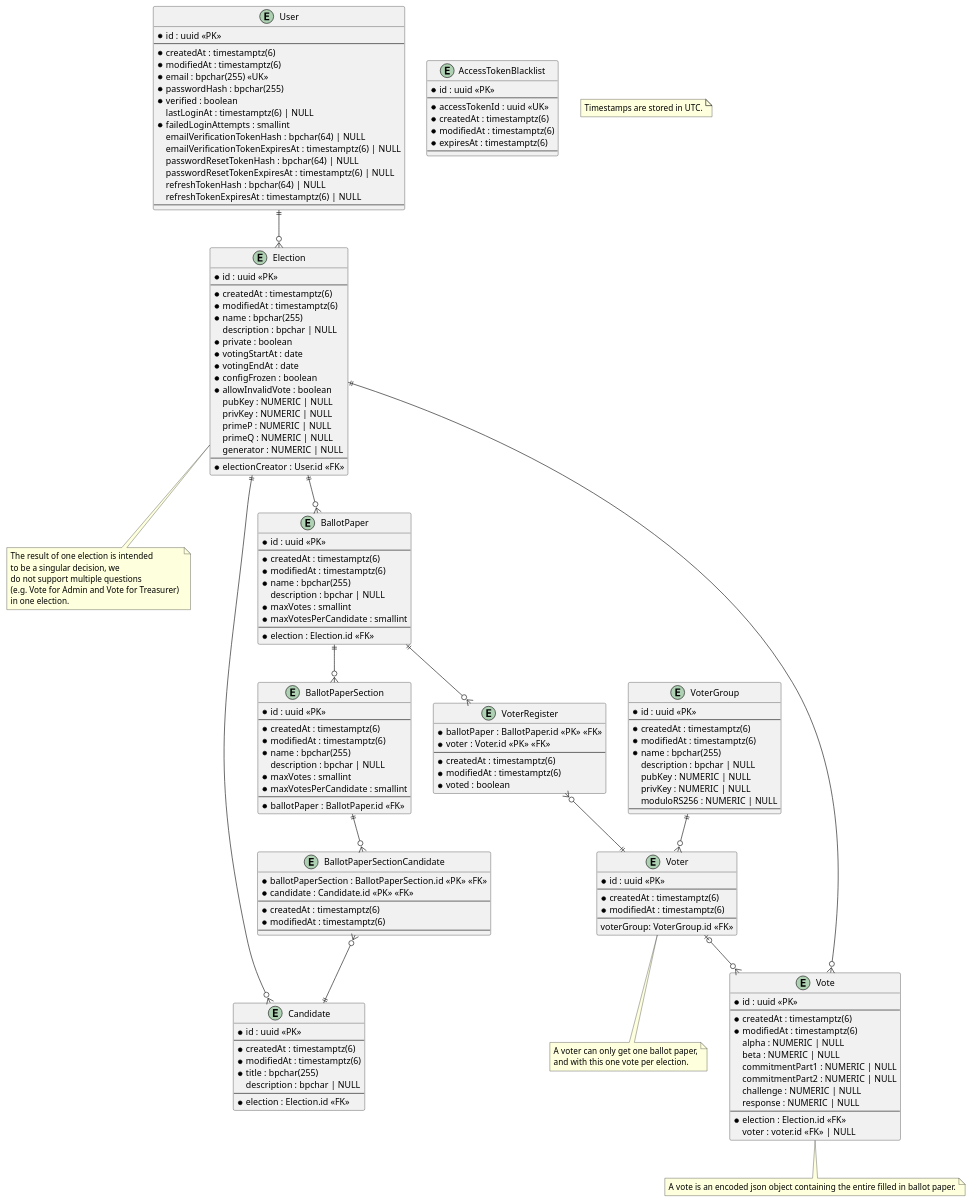
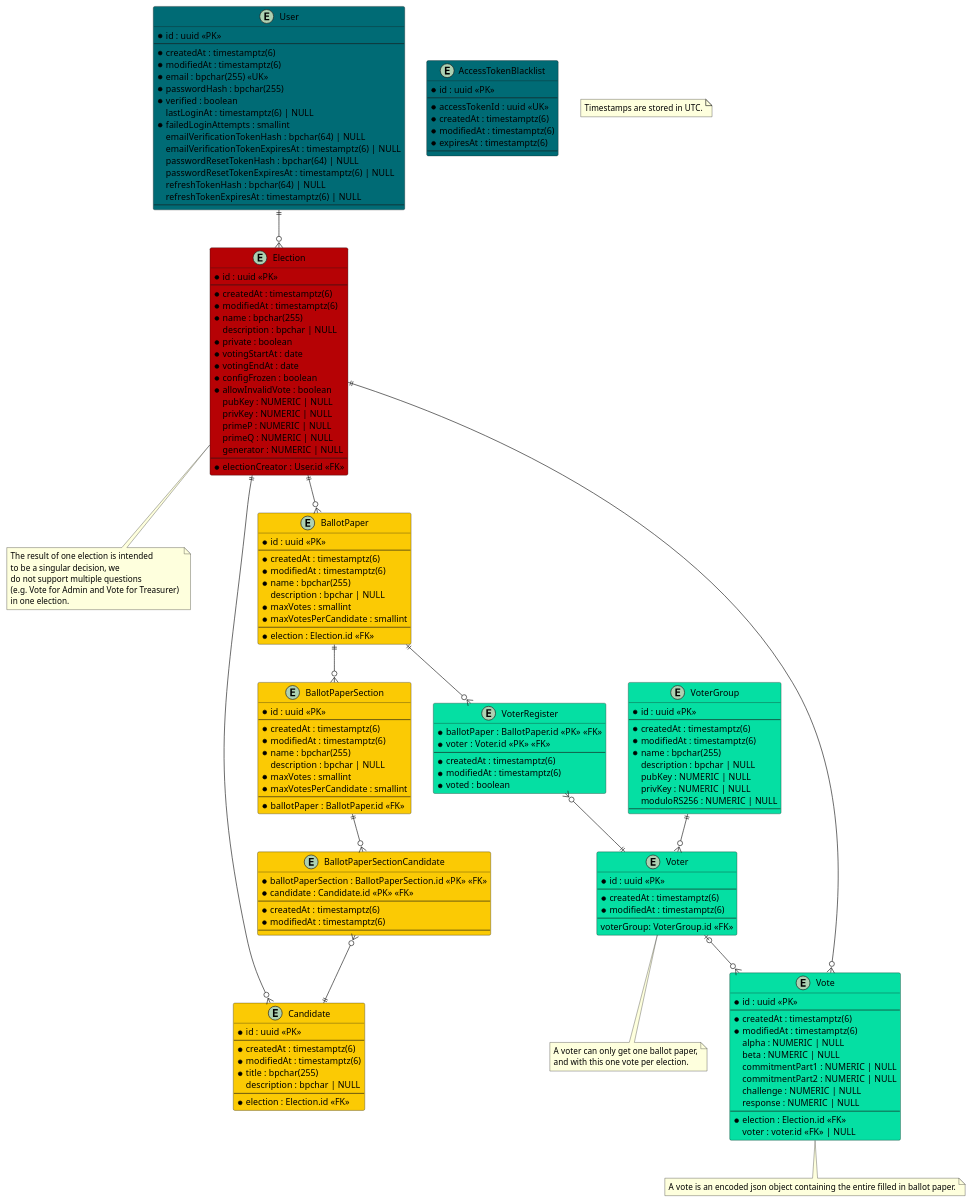
Before and after one commit to SE-UUlm/votura: the diagram in apps/docs/static/uml/dataModel.puml, drawn with PlantUML.

Commit message:
#0: add color coding from GitHub labels to UML entities for better visualization

```diff
--- a/apps/docs/static/uml/dataModel.puml
+++ b/apps/docs/static/uml/dataModel.puml
@@ -1,195 +1,195 @@
 @startuml dataModel
 
-entity "User" as user {
+entity "User" as user #006b75 {
     * id : uuid <<PK>>
     --
     * createdAt : timestamptz(6)
     * modifiedAt : timestamptz(6)
     * email : bpchar(255) <<UK>>
     * passwordHash : bpchar(255)
     * verified : boolean
     lastLoginAt : timestamptz(6) | NULL
     ' failed login attempts get reset on successful login
     * failedLoginAttempts : smallint
     emailVerificationTokenHash : bpchar(64) | NULL
     emailVerificationTokenExpiresAt : timestamptz(6) | NULL
     passwordResetTokenHash : bpchar(64) | NULL
     passwordResetTokenExpiresAt : timestamptz(6) | NULL
     refreshTokenHash : bpchar(64) | NULL
     refreshTokenExpiresAt : timestamptz(6) | NULL
     --
 }
 
-entity "AccessTokenBlacklist" as jwtBlacklist {
+entity "AccessTokenBlacklist" as jwtBlacklist #006b75 {
     ' this table is used to store blacklisted access tokens
     ' The jti is 36 characters long if we use UUIDv4
     * id : uuid <<PK>>
     --
     * accessTokenId : uuid <<UK>>
     * createdAt : timestamptz(6)
     * modifiedAt : timestamptz(6)
     * expiresAt : timestamptz(6)
     --
 }
 
-entity "Election" as elections {
+entity "Election" as elections #b60205 {
     * id : uuid <<PK>>
     --
     * createdAt : timestamptz(6)
     * modifiedAt : timestamptz(6)
     * name : bpchar(255)
     description : bpchar | NULL
     * private : boolean
     * votingStartAt : date
     * votingEndAt : date
     * configFrozen : boolean
     * allowInvalidVote : boolean
     ' Is there a use case for `votesCounted`?
     ' * votesCounted : boolean
     ' Computed values such as validVotes and invalidVotes are critical - do we really want to store them?
     ' validVotes : integer | NULL
     ' invalidVotes : integer | NULL
     pubKey : NUMERIC | NULL
     privKey : NUMERIC | NULL
     primeP : NUMERIC | NULL
     primeQ : NUMERIC | NULL
     generator : NUMERIC | NULL
     --
     * electionCreator : User.id <<FK>>
 }
 
 note as N2
 The result of one election is intended 
 to be a singular decision, we 
 do not support multiple questions 
 (e.g. Vote for Admin and Vote for Treasurer) 
 in one election.
 end note
 
-entity "BallotPaper" as ballotPapers {
+entity "BallotPaper" as ballotPapers #fbca04 {
     * id : uuid <<PK>>
     --
     * createdAt : timestamptz(6)
     * modifiedAt : timestamptz(6)
     * name : bpchar(255)
     description : bpchar | NULL
     * maxVotes : smallint
     * maxVotesPerCandidate : smallint
     --
     * election : Election.id <<FK>>
 }
 
-entity "BallotPaperSection" as ballotPaperSections {
+entity "BallotPaperSection" as ballotPaperSections #fbca04 {
     * id : uuid <<PK>>
     --
     * createdAt : timestamptz(6)
     * modifiedAt : timestamptz(6)
     * name : bpchar(255)
     description : bpchar | NULL
     * maxVotes : smallint
     * maxVotesPerCandidate : smallint
     --
     * ballotPaper : BallotPaper.id <<FK>>
 }
 ' note as C_2
 ' If at least two ballotPaperSections are created for one ballotPaper, 
 ' the name field of the ballotPaperSections is mandatory.
 ' end note
 
-entity "BallotPaperSectionCandidate" as ballotPaperSectionCandidates {
+entity "BallotPaperSectionCandidate" as ballotPaperSectionCandidates #fbca04 {
     * ballotPaperSection : BallotPaperSection.id <<PK>> <<FK>>
     * candidate : Candidate.id <<PK>> <<FK>>
     --
     * createdAt : timestamptz(6)
     * modifiedAt : timestamptz(6)
     --
 }
 
-entity "Candidate" as candidates {
+entity "Candidate" as candidates #fbca04 {
     * id : uuid <<PK>>
     --
     * createdAt : timestamptz(6)
     * modifiedAt : timestamptz(6)
     * title : bpchar(255)
     description : bpchar | NULL
     --
     * election : Election.id <<FK>>
 }
 
-entity "Vote" as votes {
+entity "Vote" as votes #05DFA3 {
     * id : uuid <<PK>>
     --
     * createdAt : timestamptz(6)
     * modifiedAt : timestamptz(6)
     alpha : NUMERIC | NULL
     beta : NUMERIC | NULL
     commitmentPart1 : NUMERIC | NULL
     commitmentPart2 : NUMERIC | NULL
     challenge : NUMERIC | NULL
     response : NUMERIC | NULL
     --
     * election : Election.id <<FK>>
     ' if the vote isn't secret, voter can be saved
     voter : voter.id <<FK>> | NULL
 }
 note as N4
 A vote is an encoded json object containing the entire filled in ballot paper.
 end note
 
-entity "VoterRegister" as voterRegisters {
+entity "VoterRegister" as voterRegisters #05DFA3 {
     * ballotPaper : BallotPaper.id <<PK>> <<FK>>
     * voter : Voter.id <<PK>> <<FK>>
     --
     * createdAt : timestamptz(6)
     * modifiedAt : timestamptz(6)
     * voted : boolean
 }
 
-entity "Voter" as voters {
+entity "Voter" as voters #05DFA3 {
     * id : uuid <<PK>>
     --
     * createdAt : timestamptz(6)
     * modifiedAt : timestamptz(6)
     --
     voterGroup: VoterGroup.id <<FK>>
 }
 note as N3
 A voter can only get one ballot paper,
 and with this one vote per election.
 end note
 
-entity "VoterGroup" as voterGroups {
+entity "VoterGroup" as voterGroups #05DFA3 {
     * id : uuid <<PK>>
     --
     * createdAt : timestamptz(6)
     * modifiedAt : timestamptz(6)
     * name : bpchar(255)
     description : bpchar | NULL
     pubKey : NUMERIC | NULL
     privKey : NUMERIC | NULL
     moduloRS256 : NUMERIC | NULL
     --
 }
 
 note as N1
 Timestamps are stored in UTC.
 end note
 
 user ||--o{ elections
 elections ||--o{ ballotPapers
 elections -- N2
 elections ||--o{ candidates
 ballotPapers ||--o{ voterRegisters
 voterRegisters }o--|| voters
 ballotPapers ||--o{ ballotPaperSections
 ' ballotPaperSections -- C_2
 ballotPaperSections ||--o{ ballotPaperSectionCandidates
 ballotPaperSectionCandidates }o--|| candidates
 votes }o--|| elections
 voters |o--o{ votes
 voterGroups ||--o{ voters
 voters -- N3
 votes -- N4
 
 
 @enduml
```
